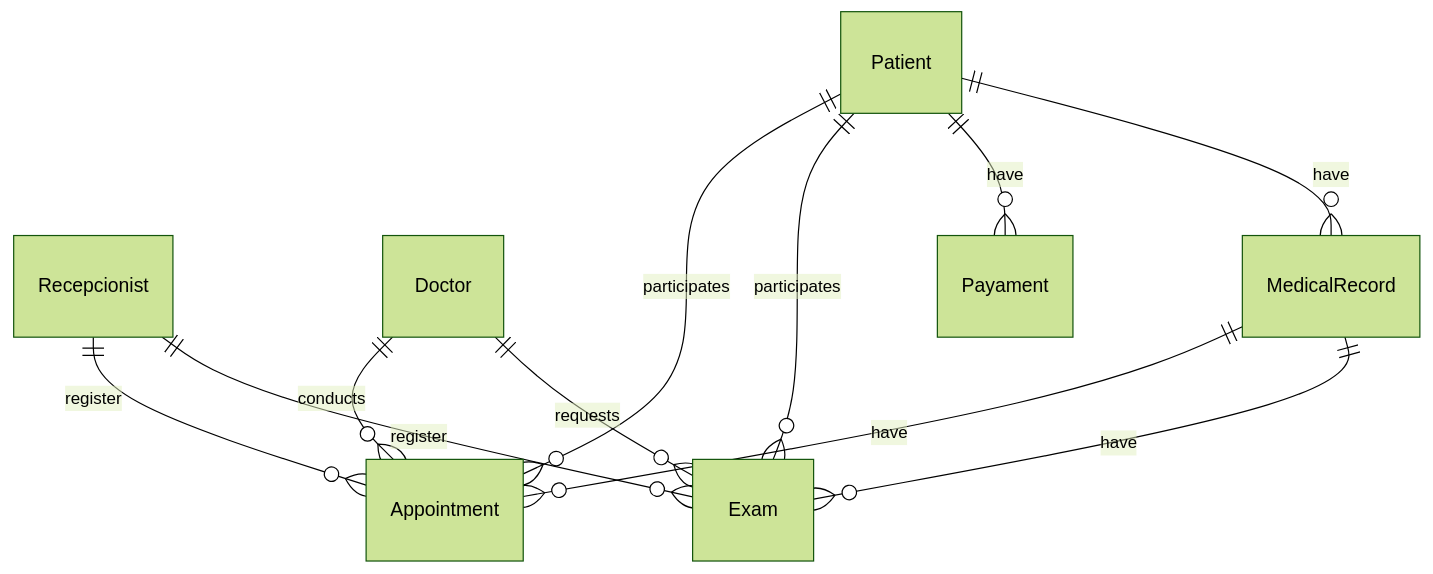
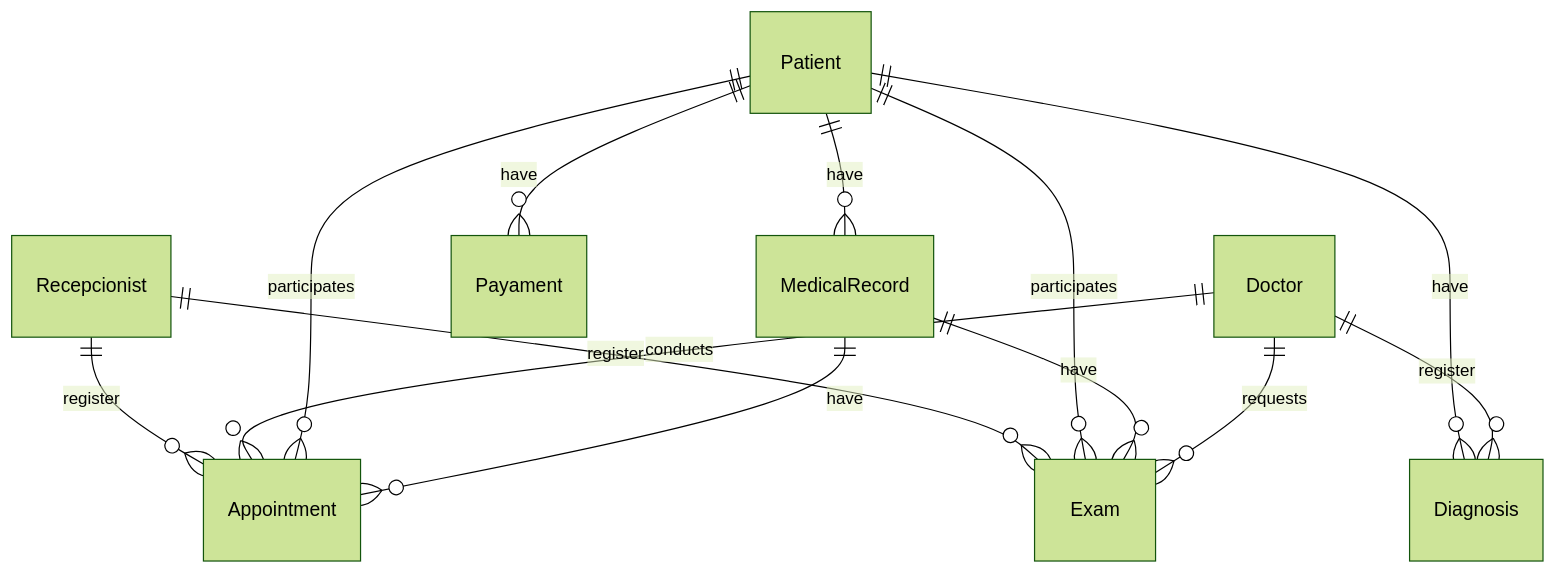
The second of 2 diagrams in docs/doc-modelos.md (joanmdrs/sigcli), drawn with Mermaid (forest theme) before and after one commit.

Commit message:
implementando entidade Diagnosis #105

````diff
--- a/docs/doc-modelos.md
+++ b/docs/doc-modelos.md
@@ -157,13 +157,15 @@
 ```mermaid
 erDiagram
     Recepcionist ||--o{ Appointment : register
     Recepcionist ||--o{ Exam : register
     Doctor ||--o{ Appointment : conducts
     Patient ||--o{ Appointment : participates
     Patient ||--o{ Exam : participates
     Patient ||--o{ Payament : have
     Patient ||--o{ MedicalRecord : have
+    Patient ||--o{ Diagnosis : have
     MedicalRecord ||--o{ Appointment : have
     MedicalRecord ||--o{ Exam : have
     Doctor ||--o{ Exam : requests
+    Doctor ||--o{ Diagnosis : register
 ```
````
